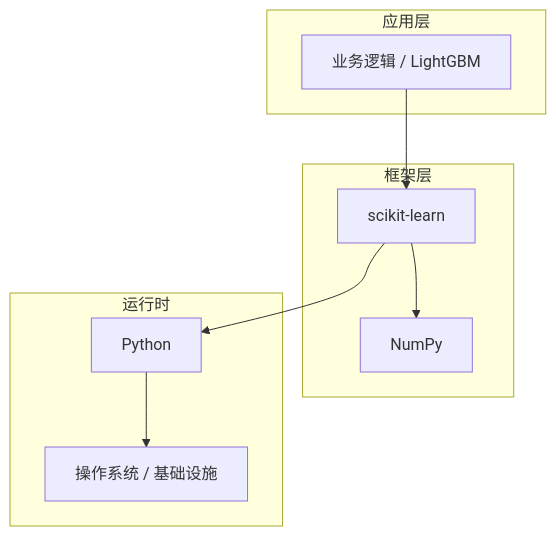
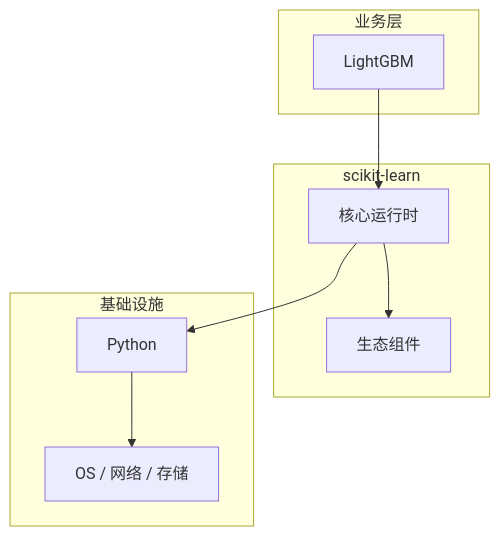
Before and after one commit to yanggan2015/knowledge-json-v2: the diagram in articles/机器学习/chapters/133-LightGBM核心概念与原理.md, drawn with Mermaid. The commit also changed other lines of this file and 10127 other files, not shown here.

````diff
--- a/articles/机器学习/chapters/133-LightGBM核心概念与原理.md
+++ b/articles/机器学习/chapters/133-LightGBM核心概念与原理.md
@@ -45,18 +30,18 @@
 ```mermaid
 graph TB
-    subgraph 应用层
-        A[业务逻辑 / LightGBM]
+    subgraph 业务层
+        A[LightGBM]
     end
-    subgraph 框架层
-        B[scikit-learn]
-        C[NumPy]
+    subgraph scikit-learn
+        B[核心运行时]
+        C[生态组件]
     end
-    subgraph 运行时
+    subgraph 基础设施
         D[Python]
-        E[操作系统 / 基础设施]
+        E[OS / 网络 / 存储]
     end
     A --> B
     B --> C
     B --> D
     D --> E
 ```
````
